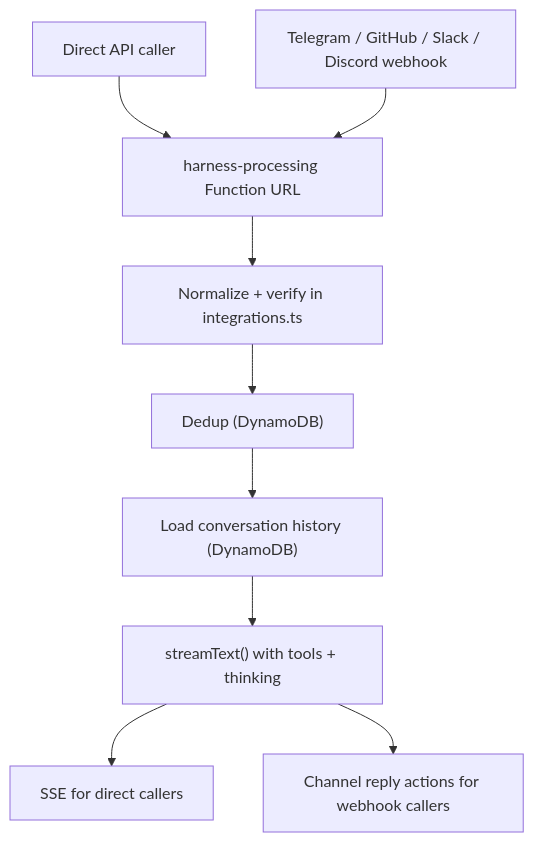
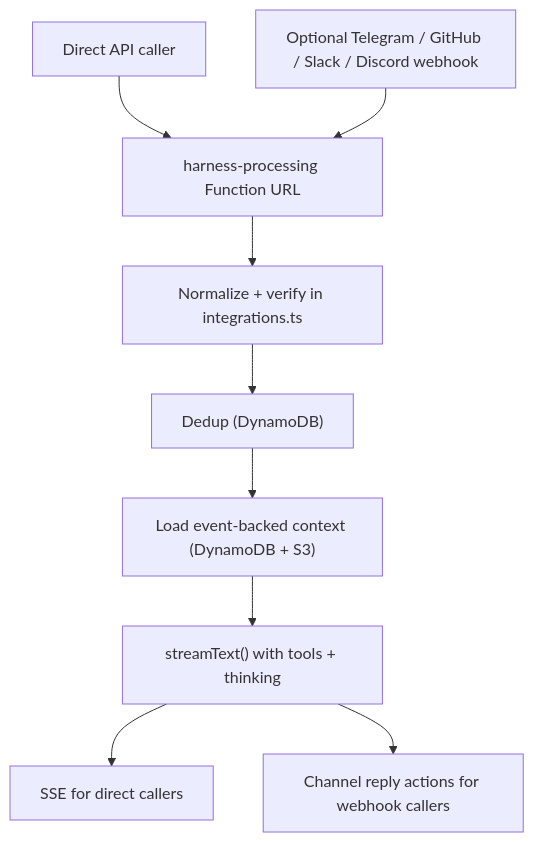
The diagram in README.md (beeblastco/filthy-panty), drawn with Mermaid before and after one commit. The commit also changed other lines of this file and 15 other files, not shown here.

````diff
--- a/README.md
+++ b/README.md
@@ -13,11 +13,11 @@
 ```mermaid
 flowchart TD
   A["Direct API caller"] --> B["harness-processing Function URL"]
-  C["Telegram / GitHub / Slack / Discord webhook"] --> B
+  C["Optional Telegram / GitHub / Slack / Discord webhook"] --> B
   B --> D["Normalize + verify in integrations.ts"]
   D --> E["Dedup (DynamoDB)"]
-  E --> F["Load conversation history (DynamoDB)"]
+  E --> F["Load event-backed context (DynamoDB + S3)"]
   F --> G["streamText() with tools + thinking"]
   G --> H["SSE for direct callers"]
   G --> I["Channel reply actions for webhook callers"]
 ```
````
